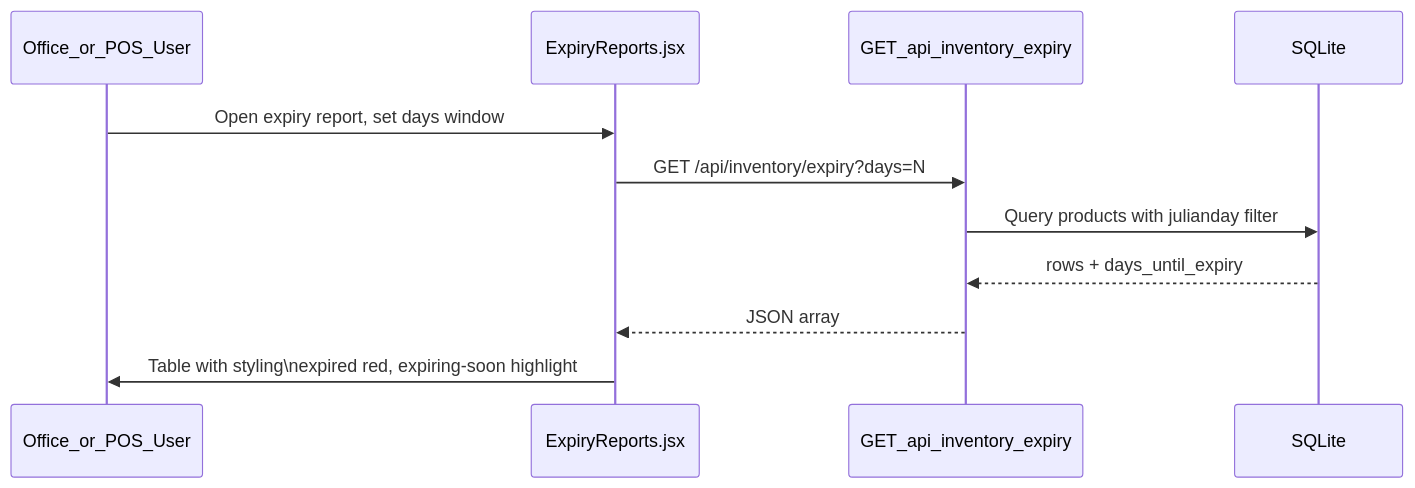
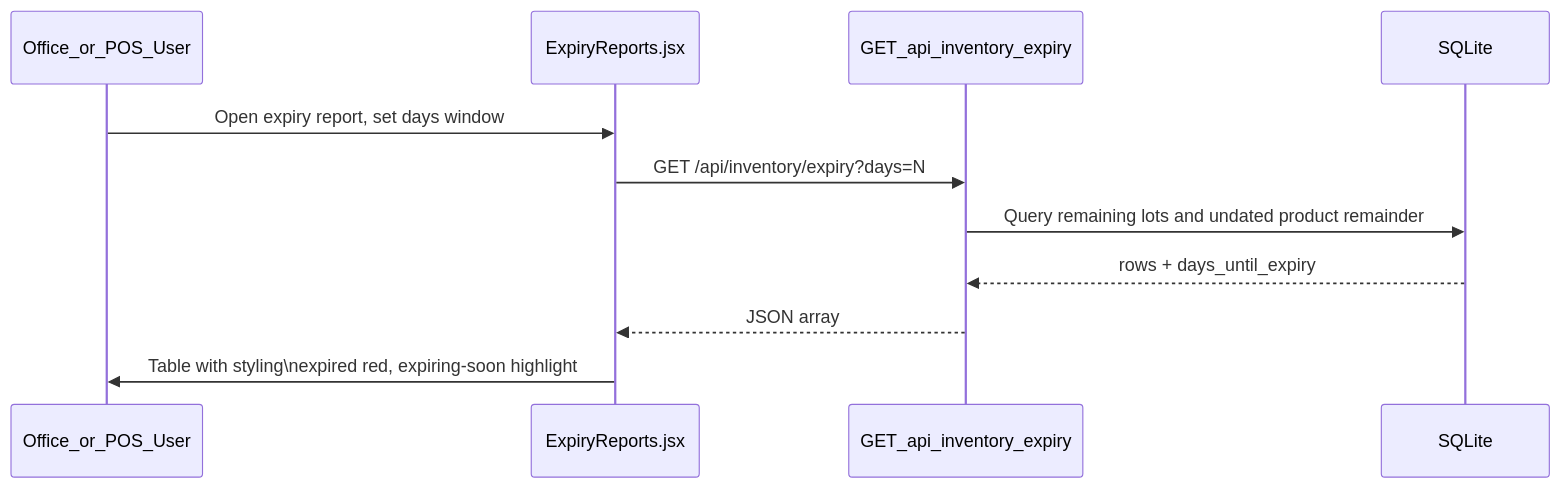
The third of 5 diagrams in docs/EXPIRATION_PROCESS.md (yazanAydi/abu_shalbak), drawn with Mermaid before and after one commit. The commit also changed other lines of this file and 149 other files, not shown here.

````diff
--- a/docs/EXPIRATION_PROCESS.md
+++ b/docs/EXPIRATION_PROCESS.md
@@ -134,14 +136,14 @@
 ```mermaid
 sequenceDiagram
   participant User as Office_or_POS_User
   participant UI as ExpiryReports.jsx
   participant API as GET_api_inventory_expiry
   participant DB as SQLite
 
   User->>UI: Open expiry report, set days window
   UI->>API: GET /api/inventory/expiry?days=N
-  API->>DB: Query products with julianday filter
+  API->>DB: Query remaining lots and undated product remainder
   DB-->>API: rows + days_until_expiry
   API-->>UI: JSON array
   UI->>User: Table with styling\nexpired red, expiring-soon highlight
 ```
````
